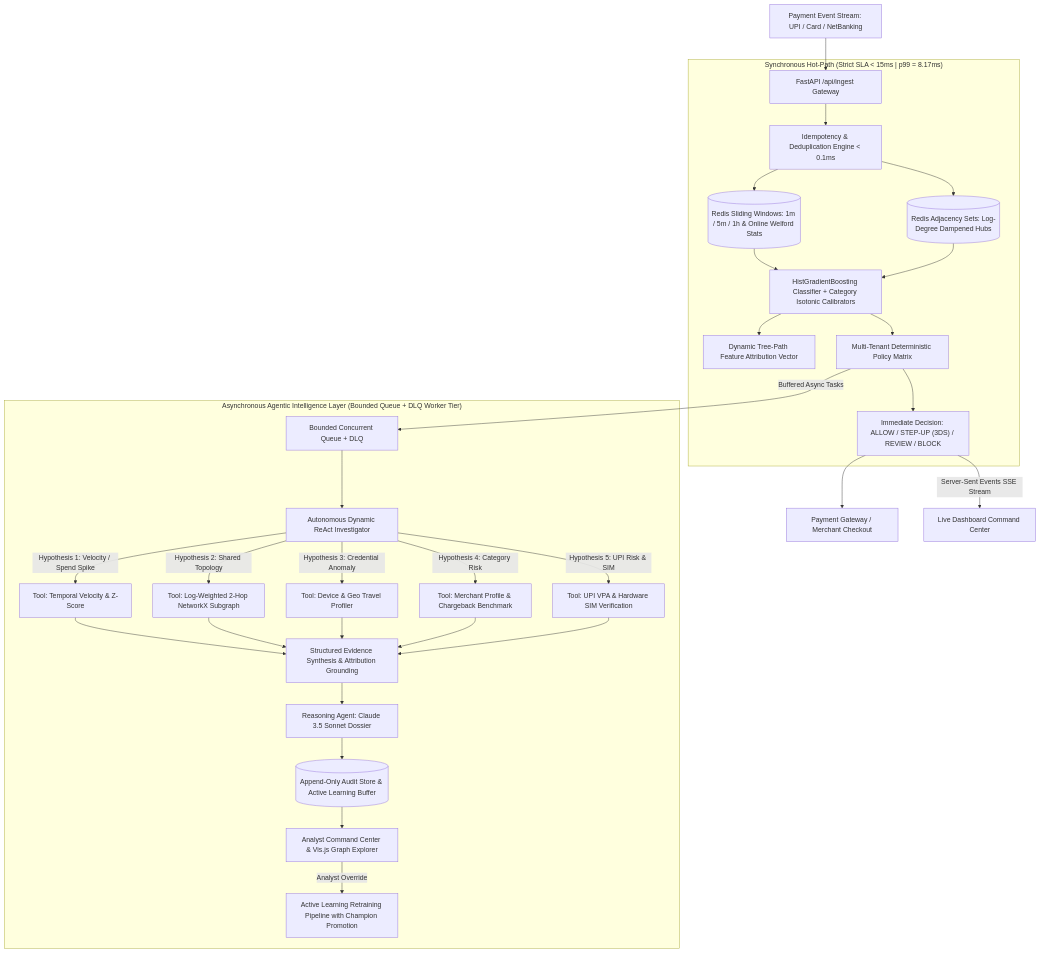
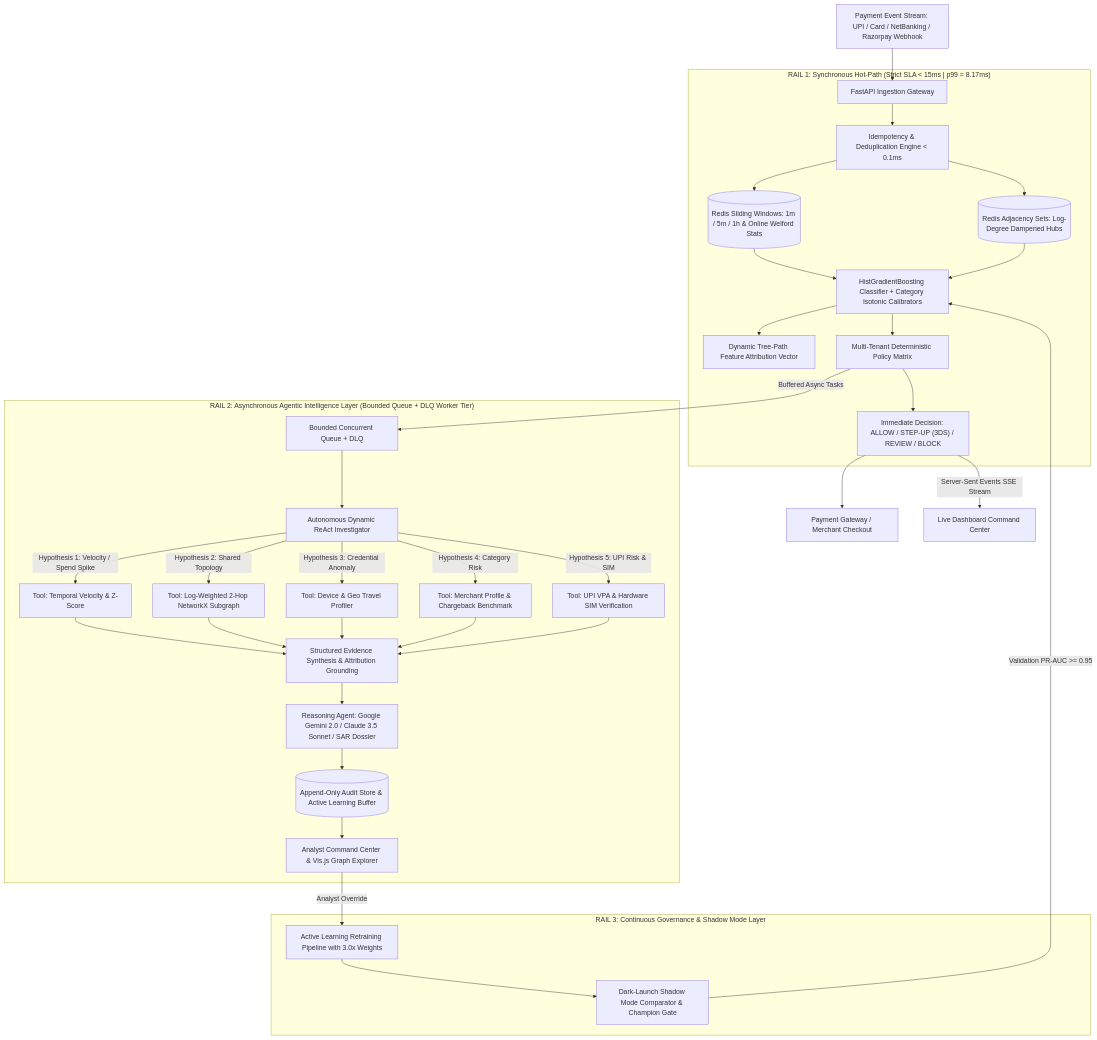
One commit to aice18/razorpayriskIQ changed the diagram in ARCHITECTURE.md. Above: the diagram before and after it, drawn with Mermaid. The commit also changed other lines of this file and 3 other files, not shown here.

Commit message:
docs: finalize production README, architecture specs, deployment guides, and Google Gemini integration

````diff
--- a/ARCHITECTURE.md
+++ b/ARCHITECTURE.md
@@ -11,35 +11,40 @@
 ```mermaid
 flowchart TD
-    TXN[Payment Event Stream: UPI / Card / NetBanking] --> API[FastAPI /api/ingest Gateway]
+    TXN[Payment Event Stream: UPI / Card / NetBanking / Razorpay Webhook] --> API[FastAPI Ingestion Gateway]
     
-    subgraph SYNC_PATH ["Synchronous Hot-Path (Strict SLA < 15ms | p99 = 8.17ms)"]
+    subgraph RAIL_1 ["RAIL 1: Synchronous Hot-Path (Strict SLA < 15ms | p99 = 8.17ms)"]
         API --> IDEM[Idempotency & Deduplication Engine < 0.1ms]
         IDEM --> REDIS_FEAT[(Redis Sliding Windows: 1m / 5m / 1h & Online Welford Stats)]
         IDEM --> REDIS_GRAPH[(Redis Adjacency Sets: Log-Degree Dampened Hubs)]
         
         REDIS_FEAT & REDIS_GRAPH --> MODEL[HistGradientBoosting Classifier + Category Isotonic Calibrators]
         MODEL --> SHAP[Dynamic Tree-Path Feature Attribution Vector]
         MODEL --> POLICY[Multi-Tenant Deterministic Policy Matrix]
         POLICY --> FAST_RESP["Immediate Decision: ALLOW / STEP-UP (3DS) / REVIEW / BLOCK"]
     end
     
     FAST_RESP --> GATEWAY[Payment Gateway / Merchant Checkout]
     FAST_RESP -->|Server-Sent Events SSE Stream| LIVE_UI[Live Dashboard Command Center]
     
-    subgraph ASYNC_PATH ["Asynchronous Agentic Intelligence Layer (Bounded Queue + DLQ Worker Tier)"]
+    subgraph RAIL_2 ["RAIL 2: Asynchronous Agentic Intelligence Layer (Bounded Queue + DLQ Worker Tier)"]
         POLICY -->|Buffered Async Tasks| ASYNC_Q[Bounded Concurrent Queue + DLQ]
         ASYNC_Q --> AGENT[Autonomous Dynamic ReAct Investigator]
         
         AGENT -->|Hypothesis 1: Velocity / Spend Spike| T1[Tool: Temporal Velocity & Z-Score]
         AGENT -->|Hypothesis 2: Shared Topology| T2[Tool: Log-Weighted 2-Hop NetworkX Subgraph]
         AGENT -->|Hypothesis 3: Credential Anomaly| T3[Tool: Device & Geo Travel Profiler]
         AGENT -->|Hypothesis 4: Category Risk| T4[Tool: Merchant Profile & Chargeback Benchmark]
         AGENT -->|Hypothesis 5: UPI Risk & SIM| T5[Tool: UPI VPA & Hardware SIM Verification]
         
         T1 & T2 & T3 & T4 & T5 --> SYNTH[Structured Evidence Synthesis & Attribution Grounding]
-        SYNTH --> REASON[Reasoning Agent: Claude 3.5 Sonnet Dossier]
+        SYNTH --> REASON[Reasoning Agent: Google Gemini 2.0 / Claude 3.5 Sonnet / SAR Dossier]
         REASON --> AUDIT[(Append-Only Audit Store & Active Learning Buffer)]
         AUDIT --> UI[Analyst Command Center & Vis.js Graph Explorer]
-        UI -->|Analyst Override| RETRAIN[Active Learning Retraining Pipeline with Champion Promotion]
+    end
+
+    subgraph RAIL_3 ["RAIL 3: Continuous Governance & Shadow Mode Layer"]
+        UI -->|Analyst Override| RETRAIN[Active Learning Retraining Pipeline with 3.0x Weights]
+        RETRAIN --> SHADOW[Dark-Launch Shadow Mode Comparator & Champion Gate]
+        SHADOW -->|Validation PR-AUC >= 0.95| MODEL
     end
 ```
````
